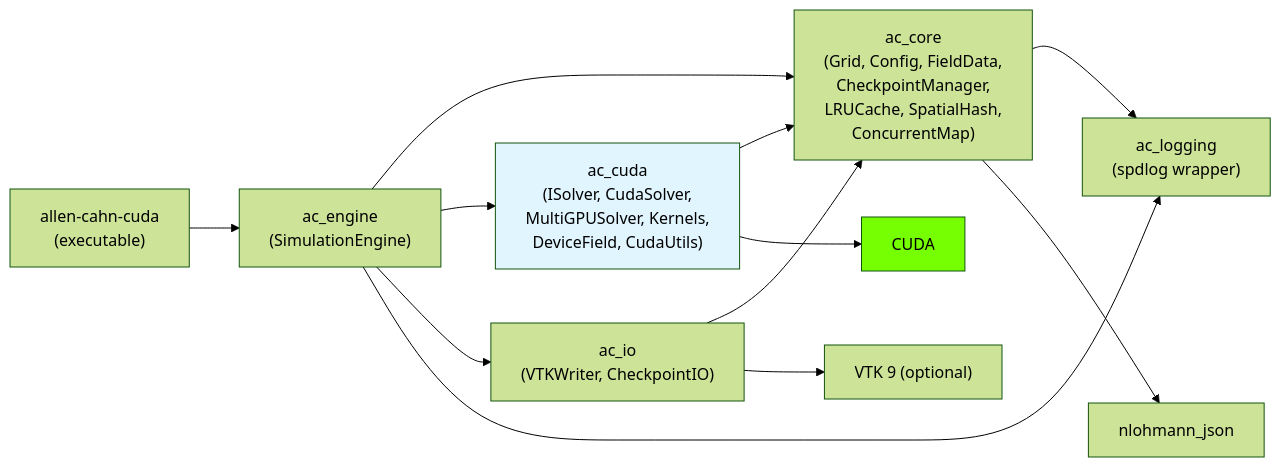
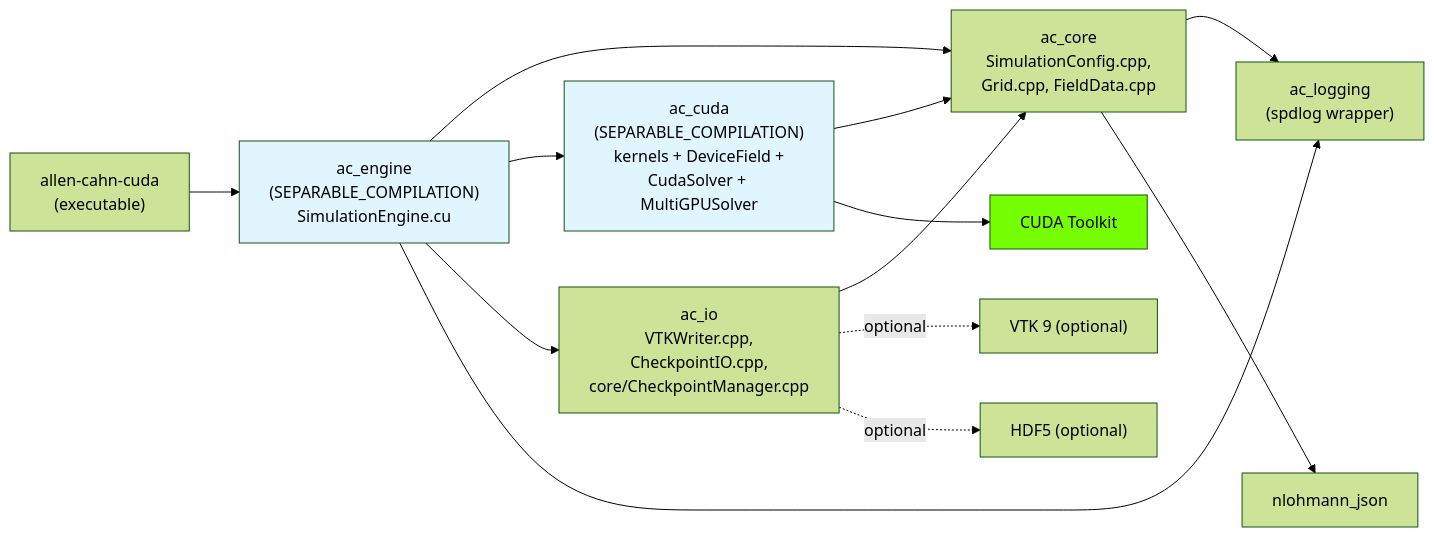
Before and after one commit to myousefi2016/Allen-Cahn-CUDA: the second of 9 diagrams in docs/ARCHITECTURE.md, drawn with Mermaid (forest theme). The commit also changed other lines of this file and 3 other files, not shown here.

First line of the commit message:
Documentation: rewrite README, ARCHITECTURE, DESIGN, THEORY for full code parity

````diff
--- a/docs/ARCHITECTURE.md
+++ b/docs/ARCHITECTURE.md
@@ -63,21 +84,30 @@
 ```mermaid
 graph LR
-    ac_logging["ac_logging<br/>(spdlog wrapper)"]
-    ac_core["ac_core<br/>(Grid, Config, FieldData,<br/>CheckpointManager,<br/>LRUCache, SpatialHash,<br/>ConcurrentMap)"]
-    ac_cuda["ac_cuda<br/>(ISolver, CudaSolver,<br/>MultiGPUSolver, Kernels,<br/>DeviceField, CudaUtils)"]
-    ac_io["ac_io<br/>(VTKWriter, CheckpointIO)"]
-    ac_engine["ac_engine<br/>(SimulationEngine)"]
-    main["allen-cahn-cuda<br/>(executable)"]
+    aclog["ac_logging<br/>(spdlog wrapper)"]
+    accore["ac_core<br/>SimulationConfig.cpp,<br/>Grid.cpp, FieldData.cpp"]
+    accuda["ac_cuda<br/>(SEPARABLE_COMPILATION)<br/>kernels + DeviceField +<br/>CudaSolver + MultiGPUSolver"]
+    acio["ac_io<br/>VTKWriter.cpp,<br/>CheckpointIO.cpp,<br/>core/CheckpointManager.cpp"]
+    acengine["ac_engine<br/>(SEPARABLE_COMPILATION)<br/>SimulationEngine.cu"]
+    exe["allen-cahn-cuda<br/>(executable)"]
+    json["nlohmann_json"]
+    cuda["CUDA Toolkit"]
+    vtk["VTK 9 (optional)"]
+    hdf5["HDF5 (optional)"]
 
-    ac_core --> ac_logging
-    ac_core --> nlohmann_json
-    ac_cuda --> ac_core
-    ac_cuda --> CUDA
-    ac_io --> ac_core
-    ac_io --> VTK9["VTK 9 (optional)"]
-    ac_engine --> ac_core & ac_cuda & ac_io & ac_logging
-    main --> ac_engine
+    accore --> aclog
+    accore --> json
+    accuda --> accore
+    accuda --> cuda
+    acio --> accore
+    acio -.optional.-> vtk
+    acio -.optional.-> hdf5
+    acengine --> accore
+    acengine --> accuda
+    acengine --> acio
+    acengine --> aclog
+    exe --> acengine
 
-    style ac_cuda fill:#e1f5fe
-    style CUDA fill:#76ff03
+    style accuda fill:#e1f5fe
+    style acengine fill:#e1f5fe
+    style cuda fill:#76ff03
 ```
````
